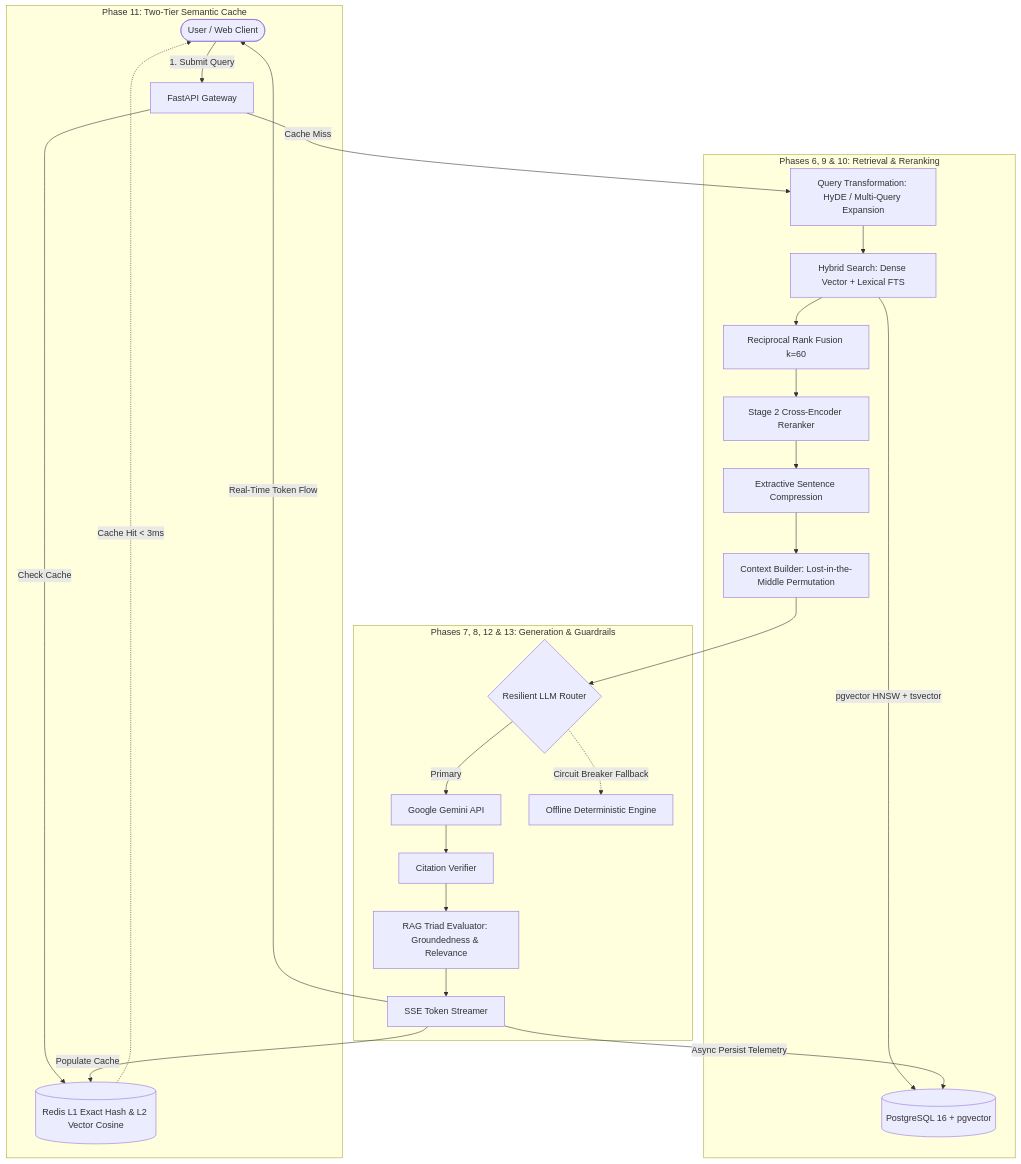
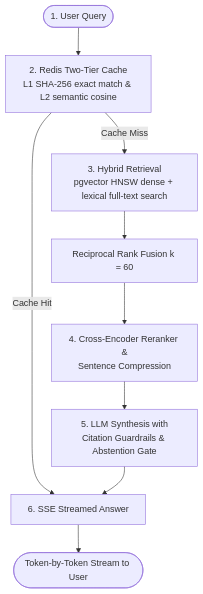
The diagram in README.md (echoistprashant/EKIP), drawn with Mermaid before and after one commit. The commit also changed other lines of this file, not shown here.

Commit message:
docs: update README with citation guardrails, performance benchmarks, and architecture diagram

````diff
--- a/README.md
+++ b/README.md
@@ -39,32 +41,11 @@
 ```mermaid
 flowchart TD
-    User([User / Web Client]) -->|1. Submit Query| API[FastAPI Gateway]
-    
-    subgraph CachingLayer [Phase 11: Two-Tier Semantic Cache]
-        API -->|Check Cache| Redis[(Redis L1 Exact Hash & L2 Vector Cosine)]
-        Redis -.->|Cache Hit < 3ms| User
-    end
-    
-    subgraph QueryPipeline [Phases 6, 9 & 10: Retrieval & Reranking]
-        API -->|Cache Miss| Transform[Query Transformation: HyDE / Multi-Query Expansion]
-        Transform --> Hybrid[Hybrid Search: Dense Vector + Lexical FTS]
-        Hybrid -->|pgvector HNSW + tsvector| PG[(PostgreSQL 16 + pgvector)]
-        Hybrid --> RRF[Reciprocal Rank Fusion k=60]
-        RRF --> Reranker[Stage 2 Cross-Encoder Reranker]
-        Reranker --> Compressor[Extractive Sentence Compression]
-        Compressor --> LostMiddle[Context Builder: Lost-in-the-Middle Permutation]
-    end
-
-    subgraph LLMAndEvaluation [Phases 7, 8, 12 & 13: Generation & Guardrails]
-        LostMiddle --> Router{Resilient LLM Router}
-        Router -->|Primary| Gemini[Google Gemini API]
-        Router -.->|Circuit Breaker Fallback| MockLLM[Offline Deterministic Engine]
-        Gemini --> Verifier[Citation Verifier]
-        Verifier --> Triad[RAG Triad Evaluator: Groundedness & Relevance]
-        Triad --> Streamer[SSE Token Streamer]
-    end
-
-    Streamer -->|Real-Time Token Flow| User
-    Streamer -->|Async Persist Telemetry| PG
-    Streamer -->|Populate Cache| Redis
+    User([1. User Query]) --> Cache[2. Redis Two-Tier Cache<br/>L1 SHA-256 exact match & L2 semantic cosine]
+    Cache -->|Cache Hit| SSE[6. SSE Streamed Answer]
+    Cache -->|Cache Miss| Hybrid[3. Hybrid Retrieval<br/>pgvector HNSW dense + lexical full-text search]
+    Hybrid --> RRF[Reciprocal Rank Fusion k = 60]
+    RRF --> RerankCompress[4. Cross-Encoder Reranker &<br/>Sentence Compression]
+    RerankCompress --> LLMGuard[5. LLM Synthesis with<br/>Citation Guardrails & Abstention Gate]
+    LLMGuard --> SSE
+    SSE --> StreamOut([Token-by-Token Stream to User])
 ```
````
